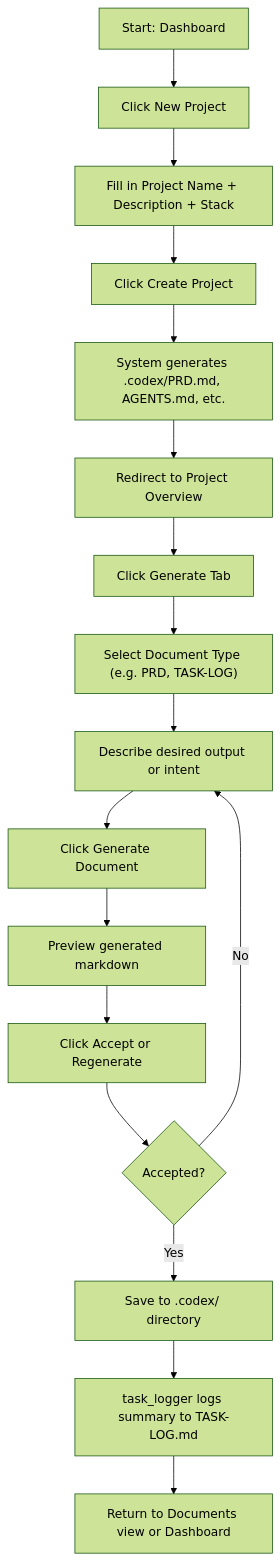
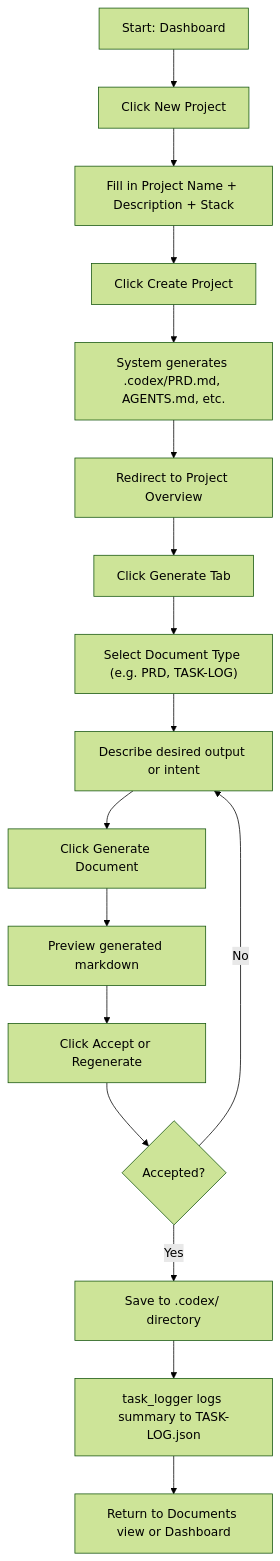
Before and after one commit to patkelly92/techcat-studio: the diagram in .codex/ARCHITECTURE.md, drawn with Mermaid (forest theme). The commit also changed other lines of this file and 9 other files, not shown here.

Commit message:
feat: migrate task log to json

````diff
--- a/.codex/ARCHITECTURE.md
+++ b/.codex/ARCHITECTURE.md
@@ -148,24 +142,24 @@
 ```mermaid
 flowchart TD
   A[Start: Dashboard] --> B[Click New Project]
   B --> C[Fill in Project Name + Description + Stack]
   C --> D[Click Create Project]
   D --> E[System generates .codex/PRD.md, AGENTS.md, etc.]
   E --> F[Redirect to Project Overview]
 
   F --> G[Click Generate Tab]
   G --> H["Select Document Type (e.g. PRD, TASK-LOG)"]
   H --> I[Describe desired output or intent]
   I --> J[Click Generate Document]
 
   J --> L[Preview generated markdown]
   L --> M[Click Accept or Regenerate]
 
   M --> N{Accepted?}
   N -- Yes --> O[Save to .codex/ directory]
   N -- No --> I
 
-  O --> P[task_logger logs summary to TASK-LOG.md]
+  O --> P[task_logger logs summary to TASK-LOG.json]
   P --> Q[Return to Documents view or Dashboard]
 
 ```
````
